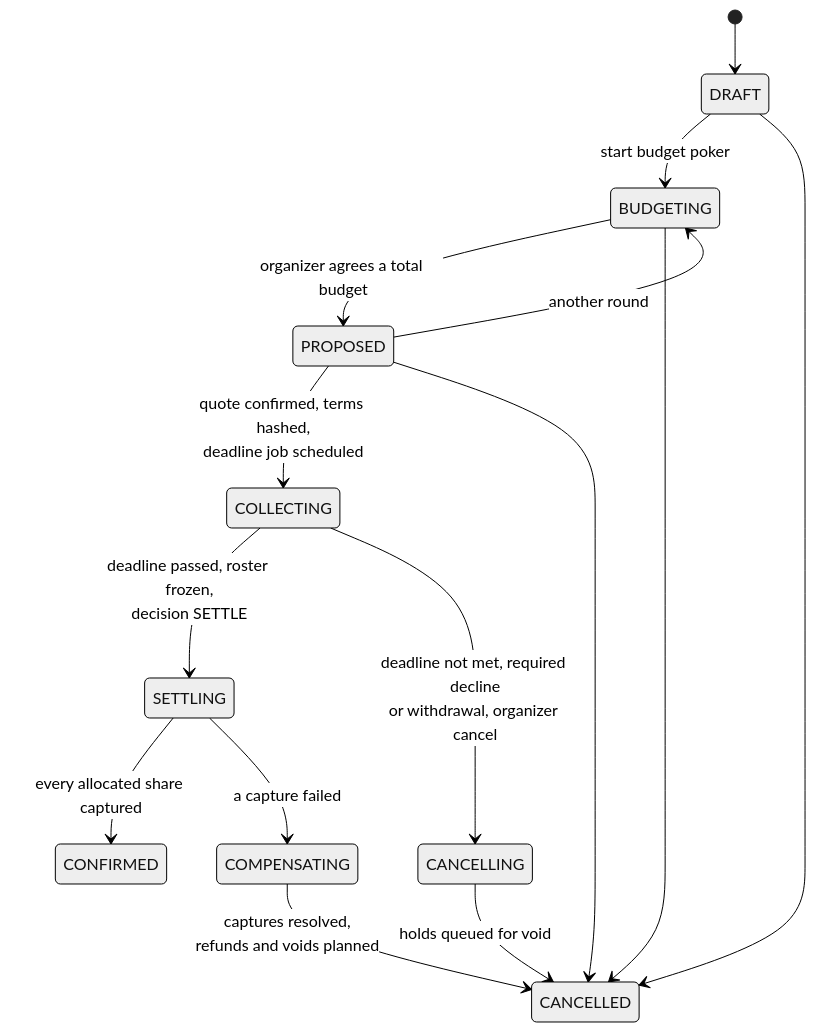
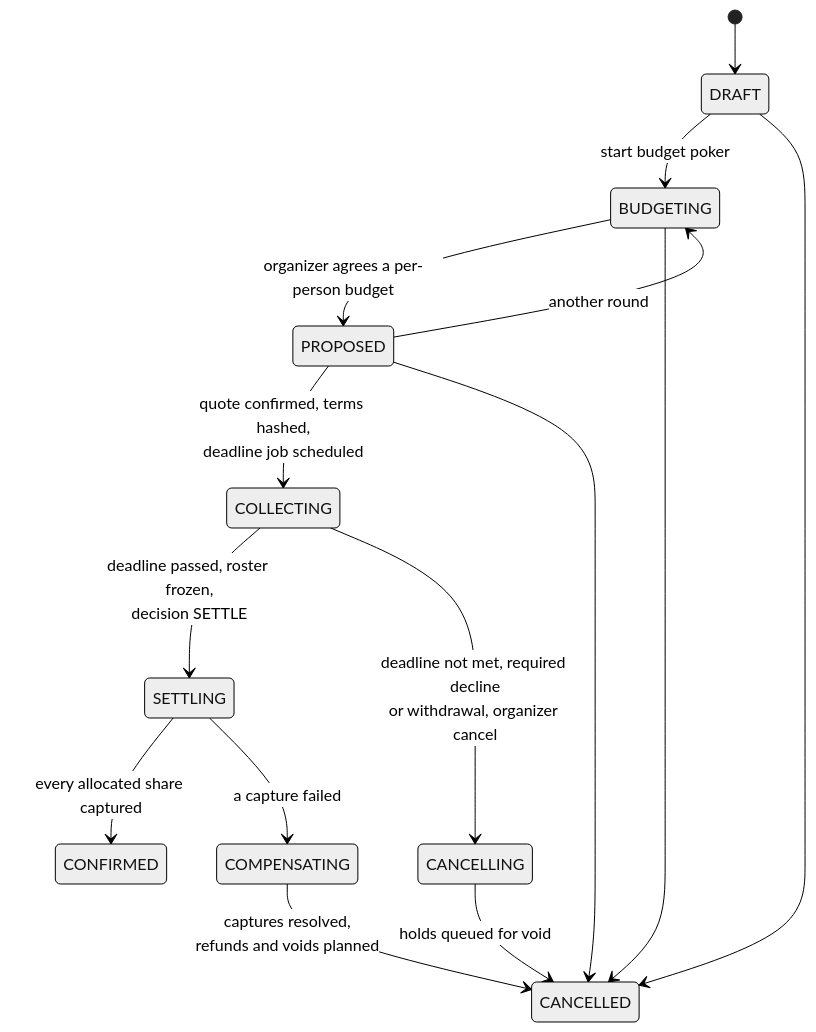
One commit to Baymoor/PayPal-AI-Hackathon-2026 changed the second of 3 diagrams in docs/ARCHITECTURE.md. Above: the diagram before and after it, drawn with Mermaid (neutral theme). The commit also changed other lines of this file and 40 other files, not shown here.

First line of the commit message:
Per-person budget poker: seeds, fixture AI, views, UI and docs

````diff
--- a/docs/ARCHITECTURE.md
+++ b/docs/ARCHITECTURE.md
@@ -47,17 +47,17 @@
 ```mermaid
 stateDiagram-v2
   [*] --> DRAFT
   DRAFT --> BUDGETING: start budget poker
-  BUDGETING --> PROPOSED: organizer agrees a total budget
+  BUDGETING --> PROPOSED: organizer agrees a per-person budget
   PROPOSED --> BUDGETING: another round
   PROPOSED --> COLLECTING: quote confirmed, terms hashed,<br/>deadline job scheduled
   COLLECTING --> SETTLING: deadline passed, roster frozen,<br/>decision SETTLE
   COLLECTING --> CANCELLING: deadline not met, required decline<br/>or withdrawal, organizer cancel
   SETTLING --> CONFIRMED: every allocated share captured
   SETTLING --> COMPENSATING: a capture failed
   CANCELLING --> CANCELLED: holds queued for void
   COMPENSATING --> CANCELLED: captures resolved,<br/>refunds and voids planned
   DRAFT --> CANCELLED
   BUDGETING --> CANCELLED
   PROPOSED --> CANCELLED
 ```
````
